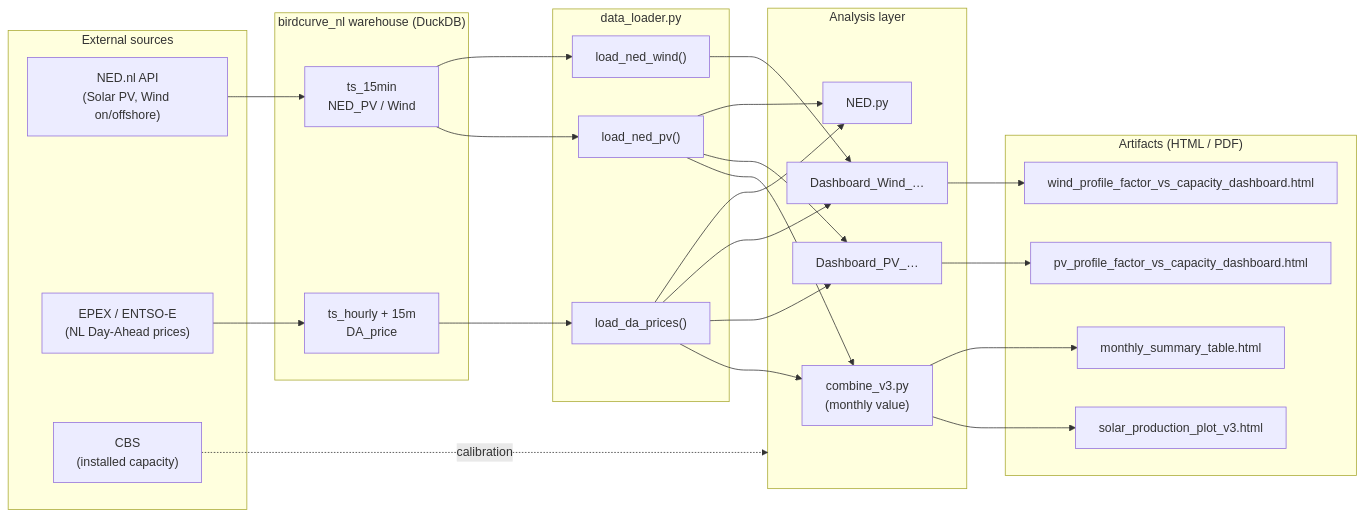
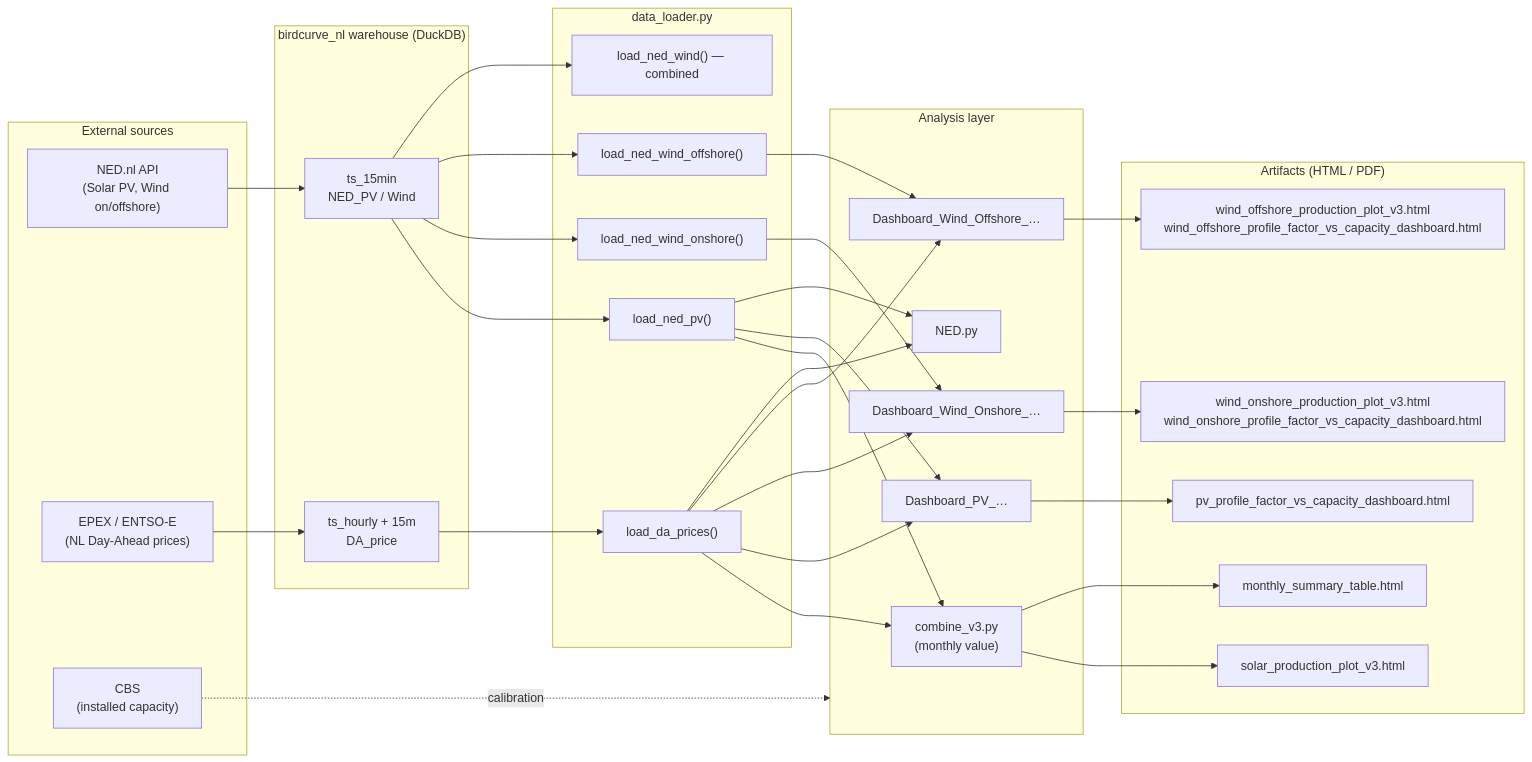
One commit to MaykThewessen/Solar-DA-value-EPEX---NED-api changed the first of 7 diagrams in README.md. Above: the diagram before and after it, drawn with Mermaid. The commit also changed other lines of this file and 119 other files, not shown here.

First line of the commit message:
refactor(wind): split dashboards + loaders into Onshore / Offshore

````diff
--- a/README.md
+++ b/README.md
@@ -13,49 +13,55 @@
 ```mermaid
 flowchart LR
     subgraph SRC["External sources"]
         NED["NED.nl API<br/>(Solar PV, Wind on/offshore)"]
         EPEX["EPEX / ENTSO-E<br/>(NL Day-Ahead prices)"]
         CBS["CBS<br/>(installed capacity)"]
     end
 
     subgraph WH["birdcurve_nl warehouse (DuckDB)"]
         TS15["ts_15min<br/>NED_PV / Wind"]
         TSH["ts_hourly + 15m<br/>DA_price"]
     end
 
     subgraph LOADER["data_loader.py"]
         LP["load_ned_pv()"]
-        LW["load_ned_wind()"]
+        LWON["load_ned_wind_onshore()"]
+        LWOFF["load_ned_wind_offshore()"]
+        LW["load_ned_wind() — combined"]
         LD["load_da_prices()"]
     end
 
     subgraph ANALYSIS["Analysis layer"]
         C3["combine_v3.py<br/>(monthly value)"]
         DPV["Dashboard_PV_…"]
-        DW["Dashboard_Wind_…"]
+        DWON["Dashboard_Wind_Onshore_…"]
+        DWOFF["Dashboard_Wind_Offshore_…"]
         NEDPY["NED.py"]
     end
 
     subgraph OUT["Artifacts (HTML / PDF)"]
         HSOL["solar_production_plot_v3.html"]
         HPV["pv_profile_factor_vs_capacity_dashboard.html"]
-        HWIND["wind_profile_factor_vs_capacity_dashboard.html"]
+        HWINDON["wind_onshore_production_plot_v3.html<br/>wind_onshore_profile_factor_vs_capacity_dashboard.html"]
+        HWINDOFF["wind_offshore_production_plot_v3.html<br/>wind_offshore_profile_factor_vs_capacity_dashboard.html"]
         TBL["monthly_summary_table.html"]
     end
 
     NED --> TS15
     EPEX --> TSH
     CBS  -.calibration.-> ANALYSIS
 
     TS15 --> LP
-    TS15 --> LW
+    TS15 --> LWON & LWOFF & LW
     TSH  --> LD
 
-    LP --> C3 & DPV & NEDPY
-    LW --> DW
-    LD --> C3 & DPV & DW & NEDPY
+    LP    --> C3 & DPV & NEDPY
+    LWON  --> DWON
+    LWOFF --> DWOFF
+    LD    --> C3 & DPV & DWON & DWOFF & NEDPY
 
-    C3   --> HSOL & TBL
-    DPV  --> HPV
-    DW   --> HWIND
+    C3    --> HSOL & TBL
+    DPV   --> HPV
+    DWON  --> HWINDON
+    DWOFF --> HWINDOFF
 ```
````
